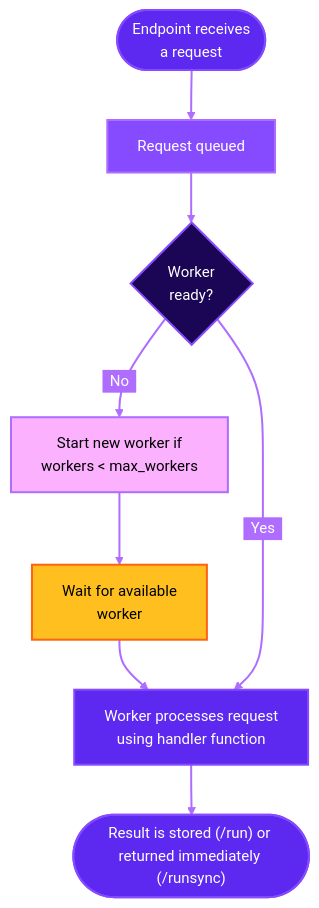
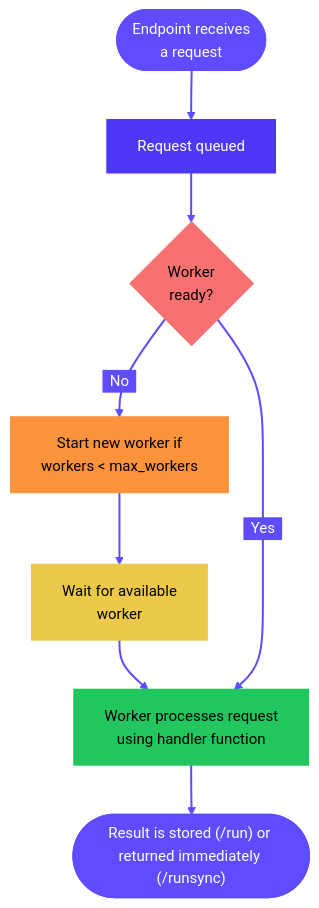
The diagram in serverless/overview.mdx (runpod/docs), drawn with Mermaid before and after one commit. The commit also changed other lines of this file and 2 other files, not shown here.

Commit message:
Update colors for mermaid diagrams

````diff
--- a/serverless/overview.mdx
+++ b/serverless/overview.mdx
@@ -69,27 +69,27 @@
 ```mermaid
-%%{init: {'theme':'base', 'themeVariables': { 'primaryColor':'#5D29F0','primaryTextColor':'#fff','primaryBorderColor':'#874BFF','lineColor':'#AE6DFF','secondaryColor':'#AE6DFF','tertiaryColor':'#FCB1FF','edgeLabelBackground':'#AE6DFF', 'fontSize':'15px','fontFamily':'font-inter'}}}%%
+%%{init: {'theme':'base', 'themeVariables': { 'primaryColor':'#9289FE','primaryTextColor':'#fff','primaryBorderColor':'#9289FE','lineColor':'#5F4CFE','secondaryColor':'#AE6DFF','tertiaryColor':'#FCB1FF','edgeLabelBackground':'#5F4CFE', 'fontSize':'15px','fontFamily':'font-inter'}}}%%
 
 flowchart TD
     Start([Endpoint receives<br/>a request]) --> Queue[Request queued]
     
     Queue --> CheckActive{Worker<br/>ready?}
     
     CheckActive -->|"&nbsp;&nbsp;No&nbsp;&nbsp;"| ColdStart[Start new worker if<br/> workers < max_workers]
 
     ColdStart --> WaitWorker[Wait for available<br/>worker]
     
     WaitWorker --> Process[Worker processes request<br/>using handler function]
     
     CheckActive -->|"&nbsp;&nbsp;Yes&nbsp;&nbsp;"| Process
     
     Process --> End(["Result is stored (/run) or returned immediately (/runsync)"])
     
-    style CheckActive fill:#1B0656,stroke:#874BFF,color:#FFFFFF,stroke-width:2px
-    style Start fill:#5D29F0,stroke:#874BFF,color:#FFFFFF,stroke-width:2px
-    style End fill:#5D29F0,stroke:#874BFF,color:#FFFFFF,stroke-width:2px
-    style ColdStart fill:#FCB1FF,stroke:#AE6DFF,color:#000000,stroke-width:2px
-    style Queue fill:#874BFF,stroke:#AE6DFF,color:#FFFFFF,stroke-width:2px
-    style WaitWorker fill:#FFC01F,stroke:#FF6214,color:#000000,stroke-width:2px
-    style Process fill:#5D29F0,stroke:#874BFF,color:#FFFFFF,stroke-width:2px
+    style CheckActive fill:#f87171,stroke:#f87171,color:#000000,stroke-width:2px
+    style Start fill:#5F4CFE,stroke:#5F4CFE,color:#FFFFFF,stroke-width:2px
+    style End fill:#5F4CFE,stroke:#5F4CFE,color:#FFFFFF,stroke-width:2px
+    style ColdStart fill:#fb923c,stroke:#fb923c,color:#000000,stroke-width:2px
+    style Queue fill:#4D38F5,stroke:#4D38F5,color:#FFFFFF,stroke-width:2px
+    style WaitWorker fill:#ecc94b,stroke:#ecc94b,color:#000000,stroke-width:2px
+    style Process fill:#22C55E,stroke:#22C55E,color:#000000,stroke-width:2px
     linkStyle default stroke-width:2px
 ```
````
